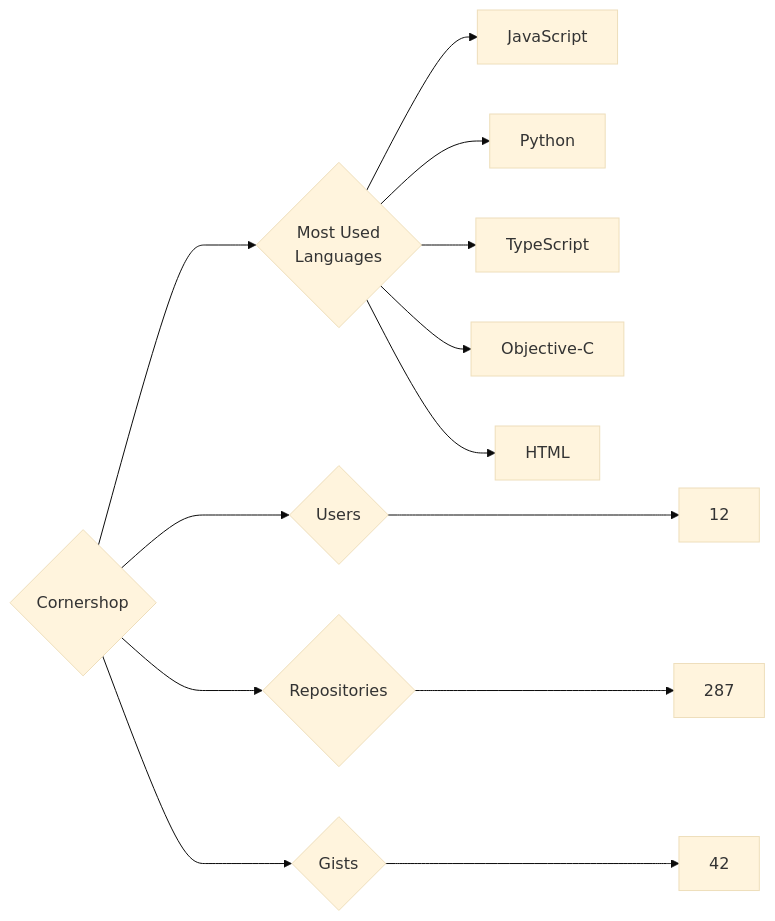
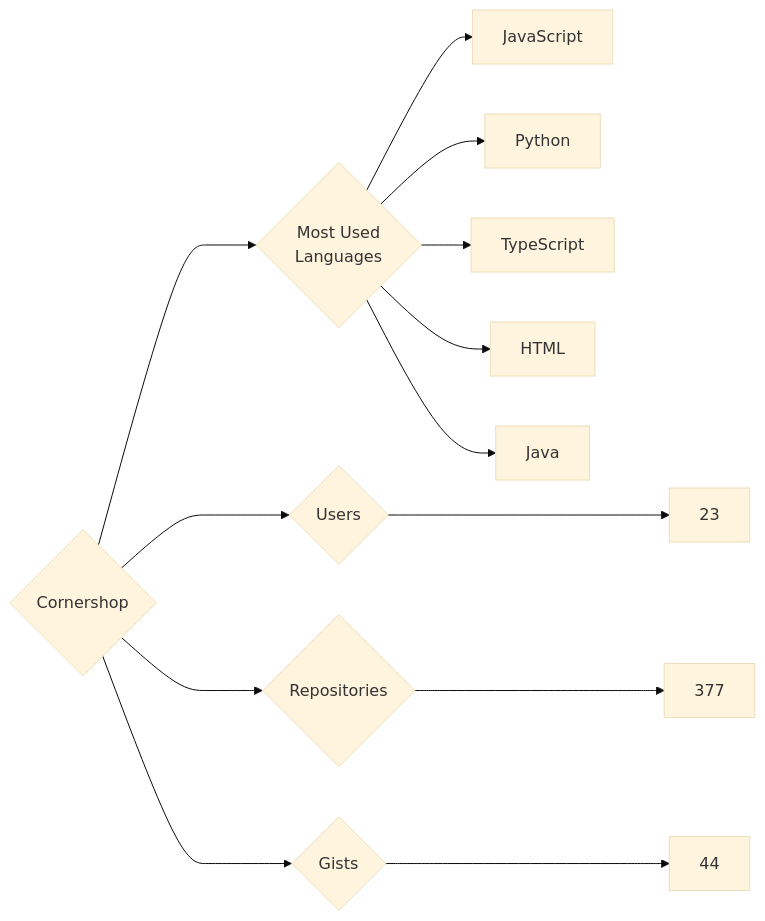
One commit to trickest/insiders changed the diagram in targets/Cornershop/README.md. Above: the diagram before and after it, drawn with Mermaid (base theme). The commit also changed 676 other files, not shown here.

````diff
--- a/targets/Cornershop/README.md
+++ b/targets/Cornershop/README.md
@@ -3,13 +3,13 @@
 ```mermaid
 graph LR
 COMPANY_NAME{Cornershop}
-COMPANY_NAME ---> U{Users} ---> UN[12]
-COMPANY_NAME ---> R{Repositories} ---> RN[287]
-COMPANY_NAME ---> G{Gists} ---> GN[42]
+COMPANY_NAME ---> U{Users} ---> UN[23]
+COMPANY_NAME ---> R{Repositories} ---> RN[377]
+COMPANY_NAME ---> G{Gists} ---> GN[44]
 COMPANY_NAME ---> ML{Most Used<br>Languages}
 ML --> JavaScript[JavaScript]
 ML --> Python[Python]
 ML --> TypeScript[TypeScript]
-ML --> Objective-C[Objective-C]
 ML --> HTML[HTML]
+ML --> Java[Java]
 ```
````
